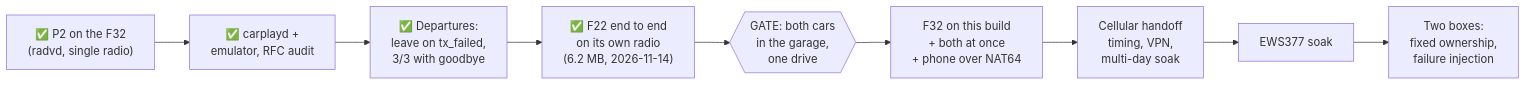
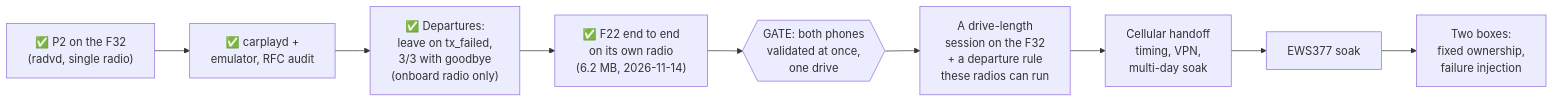
Before and after one commit to ParkWardRR/internet-over-wireless-carplay: the diagram in docs/status.md, drawn with Mermaid. The commit also changed other lines of this file and 41 other files, not shown here.

````diff
--- a/docs/status.md
+++ b/docs/status.md
@@ -127,11 +128,11 @@
 ```mermaid
 flowchart LR
   A["✅ P2 on the F32<br/>(radvd, single radio)"] --> B["✅ carplayd +<br/>emulator, RFC audit"]
-  B --> C["✅ Departures:<br/>leave on tx_failed,<br/>3/3 with goodbye"]
+  B --> C["✅ Departures:<br/>leave on tx_failed,<br/>3/3 with goodbye<br/>(onboard radio only)"]
   C --> D["✅ F22 end to end<br/>on its own radio<br/>(6.2 MB, 2026-11-14)"]
-  D --> G{{"GATE: both cars<br/>in the garage,<br/>one drive"}}
-  G --> E["F32 on this build<br/>+ both at once<br/>+ phone over NAT64"]
+  D --> G{{"GATE: both phones<br/>validated at once,<br/>one drive"}}
+  G --> E["A drive-length<br/>session on the F32<br/>+ a departure rule<br/>these radios can run"]
   E --> F["Cellular handoff<br/>timing, VPN,<br/>multi-day soak"]
   F --> H["EWS377 soak"]
   H --> I["Two boxes:<br/>fixed ownership,<br/>failure injection"]
 ```
````
